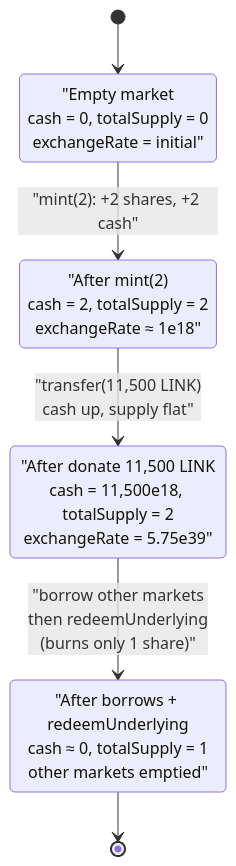
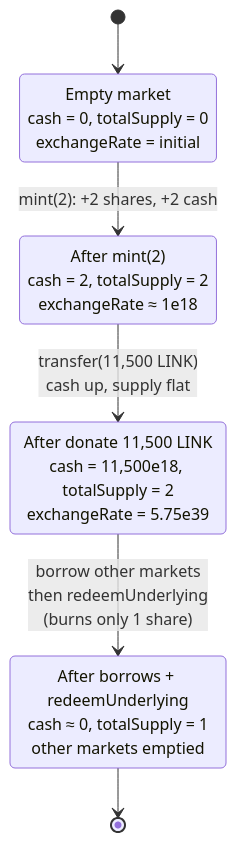
The second of 3 diagrams in 2024-02-DualPools_exp/DualPools_exp.md (sanbir/evm-hack-registry), drawn with Mermaid before and after one commit. The commit also changed 280 other files, not shown here.

Commit message:
mermaid fixes

````diff
--- a/2024-02-DualPools_exp/DualPools_exp.md
+++ b/2024-02-DualPools_exp/DualPools_exp.md
@@ -337,13 +337,13 @@
 ```mermaid
 stateDiagram-v2
     [*] --> Empty
-    Empty: "Empty market<br/>cash = 0, totalSupply = 0<br/>exchangeRate = initial"
-    Minted: "After mint(2)<br/>cash = 2, totalSupply = 2<br/>exchangeRate ≈ 1e18"
-    Inflated: "After donate 11,500 LINK<br/>cash = 11,500e18, totalSupply = 2<br/>exchangeRate = 5.75e39"
-    Drained: "After borrows + redeemUnderlying<br/>cash ≈ 0, totalSupply = 1<br/>other markets emptied"
+    Empty: Empty market<br/>cash = 0, totalSupply = 0<br/>exchangeRate = initial
+    Minted: After mint(2)<br/>cash = 2, totalSupply = 2<br/>exchangeRate ≈ 1e18
+    Inflated: After donate 11,500 LINK<br/>cash = 11,500e18, totalSupply = 2<br/>exchangeRate = 5.75e39
+    Drained: After borrows + redeemUnderlying<br/>cash ≈ 0, totalSupply = 1<br/>other markets emptied
 
-    Empty --> Minted: "mint(2): +2 shares, +2 cash"
-    Minted --> Inflated: "transfer(11,500 LINK)<br/>cash up, supply flat"
-    Inflated --> Drained: "borrow other markets<br/>then redeemUnderlying<br/>(burns only 1 share)"
+    Empty --> Minted: mint(2)#58; +2 shares, +2 cash
+    Minted --> Inflated: transfer(11,500 LINK)<br/>cash up, supply flat
+    Inflated --> Drained: borrow other markets<br/>then redeemUnderlying<br/>(burns only 1 share)
     Drained --> [*]
 ```
````
